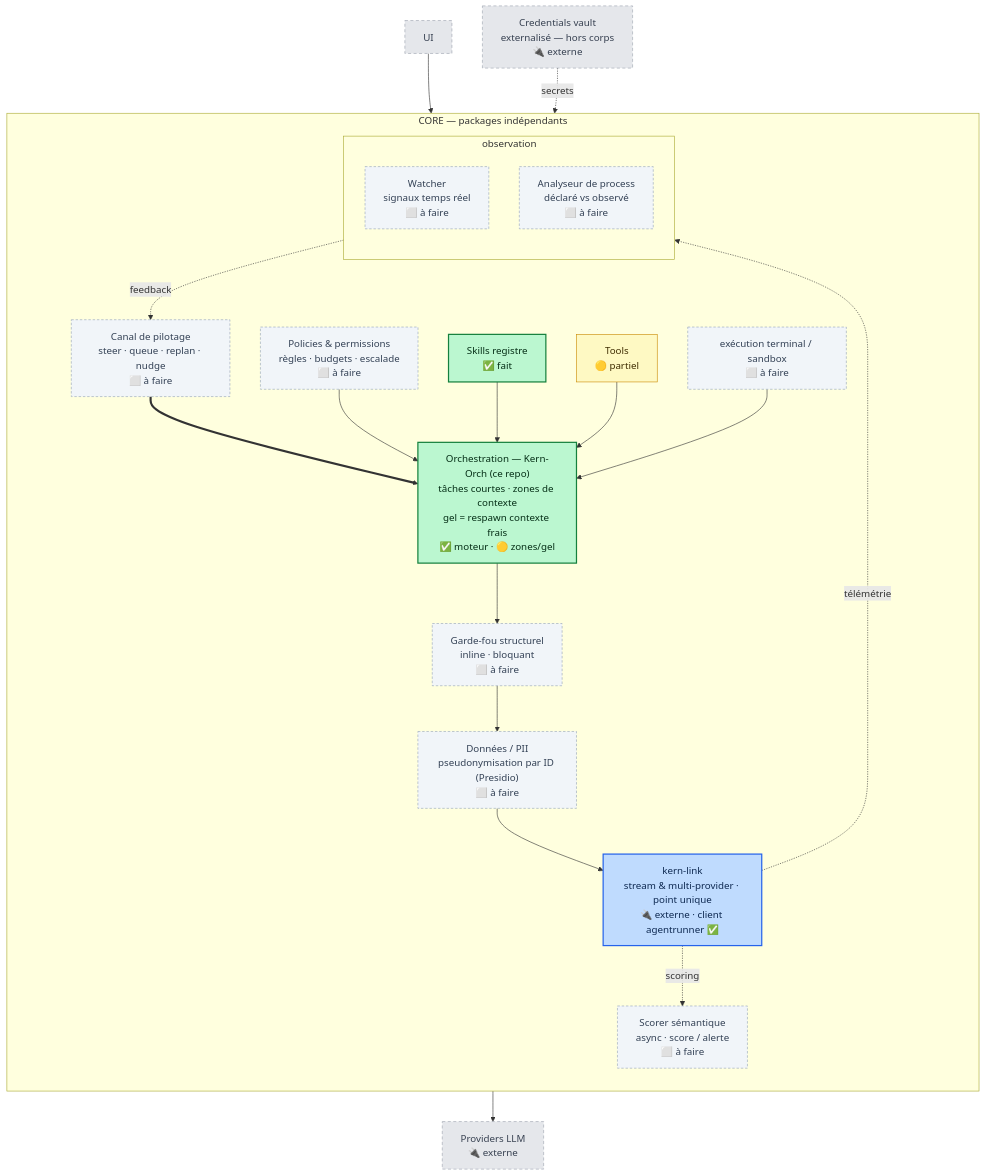
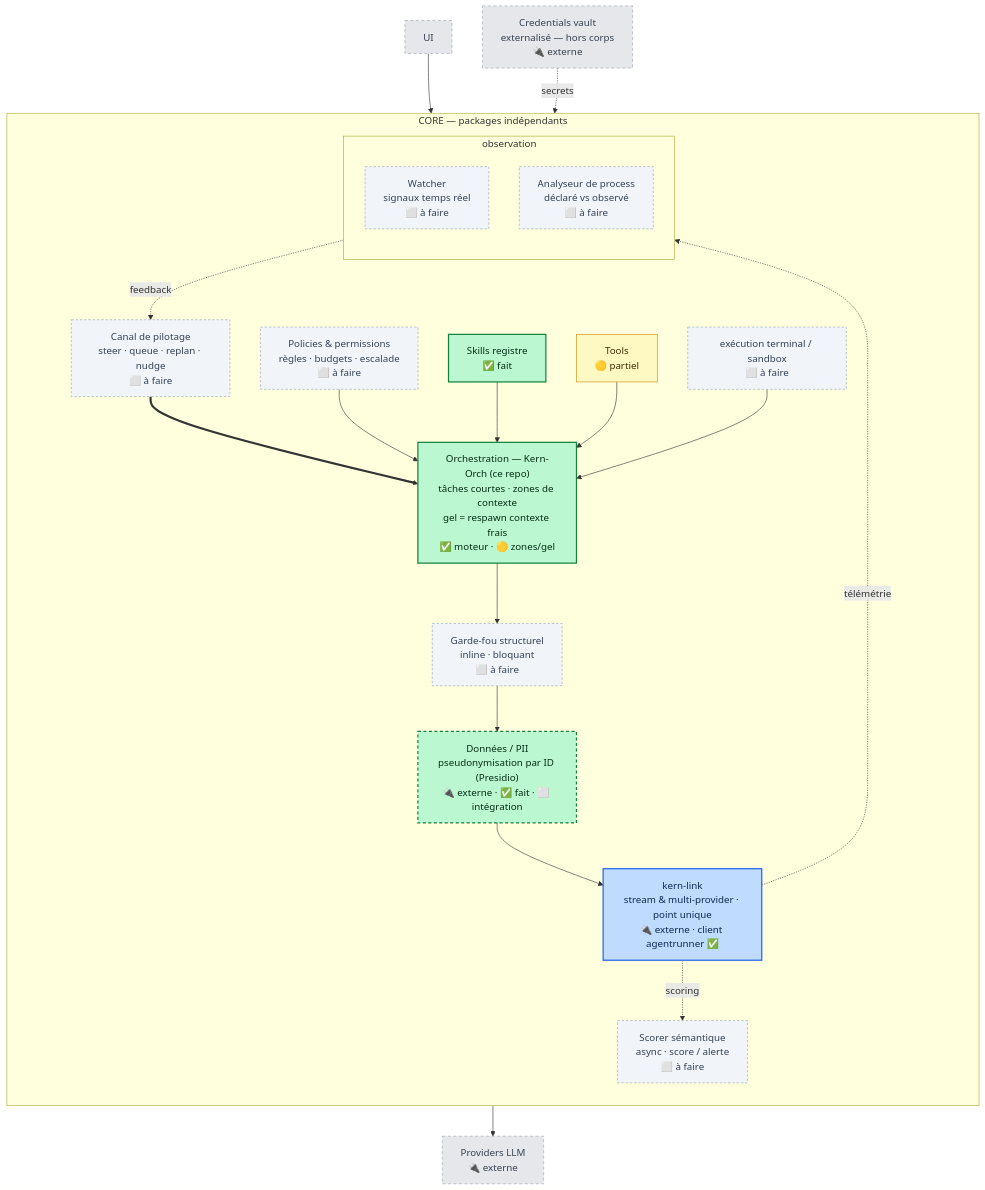
One commit to kern-ia/Kern-Orch changed the diagram in ROADMAP.md. Above: the diagram before and after it, drawn with Mermaid. The commit also changed other lines of this file, not shown here.

First line of the commit message:
docs(roadmap): PII est une brique externe faite (reste l'intégration)

````diff
--- a/ROADMAP.md
+++ b/ROADMAP.md
@@ -21,45 +22,46 @@
 ```mermaid
 flowchart TB
   UI["UI"]:::ext
 
   subgraph CORE["CORE — packages indépendants"]
     direction TB
     PILOT["Canal de pilotage<br/>steer · queue · replan · nudge<br/>⬜ à faire"]:::todo
     ORCH["Orchestration — Kern-Orch (ce repo)<br/>tâches courtes · zones de contexte<br/>gel = respawn contexte frais<br/>✅ moteur · 🟡 zones/gel"]:::done
     SKILLS["Skills registre<br/>✅ fait"]:::done
     TOOLS["Tools<br/>🟡 partiel"]:::partial
     EXEC["exécution terminal / sandbox<br/>⬜ à faire"]:::todo
     POL["Policies &amp; permissions<br/>règles · budgets · escalade<br/>⬜ à faire"]:::todo
     GUARD["Garde-fou structurel<br/>inline · bloquant<br/>⬜ à faire"]:::todo
-    PII["Données / PII<br/>pseudonymisation par ID (Presidio)<br/>⬜ à faire"]:::todo
+    PII["Données / PII<br/>pseudonymisation par ID (Presidio)<br/>🔌 externe · ✅ fait · ⬜ intégration"]:::extdone
     LINK["kern-link<br/>stream &amp; multi-provider · point unique<br/>🔌 externe · client agentrunner ✅"]:::link
     SCORER["Scorer sémantique<br/>async · score / alerte<br/>⬜ à faire"]:::todo
 
     subgraph OBS["observation"]
       direction TB
       WATCH["Watcher<br/>signaux temps réel<br/>⬜ à faire"]:::todo
       ANA["Analyseur de process<br/>déclaré vs observé<br/>⬜ à faire"]:::todo
     end
   end
 
   VAULT["Credentials vault<br/>externalisé — hors corps<br/>🔌 externe"]:::ext
   PROV["Providers LLM<br/>🔌 externe"]:::ext
 
   UI --> PILOT
   PILOT ==> ORCH
   POL --> ORCH
   SKILLS --> ORCH
   TOOLS --> ORCH
   EXEC --> ORCH
   ORCH --> GUARD --> PII --> LINK --> PROV
   OBS -. feedback .-> PILOT
   LINK -. télémétrie .-> OBS
   LINK -. scoring .-> SCORER
   VAULT -. secrets .-> LINK
 
   classDef done fill:#bbf7d0,stroke:#15803d,color:#052e16,stroke-width:2px;
   classDef partial fill:#fef9c3,stroke:#ca8a04,color:#3f2d02;
   classDef todo fill:#f1f5f9,stroke:#94a3b8,color:#334155,stroke-dasharray:4 3;
   classDef link fill:#bfdbfe,stroke:#2563eb,color:#0f2a52,stroke-width:2px;
+  classDef extdone fill:#bbf7d0,stroke:#15803d,color:#052e16,stroke-width:2px,stroke-dasharray:5 4;
   classDef ext fill:#e5e7eb,stroke:#9ca3af,color:#374151,stroke-dasharray:5 4;
 ```
````
